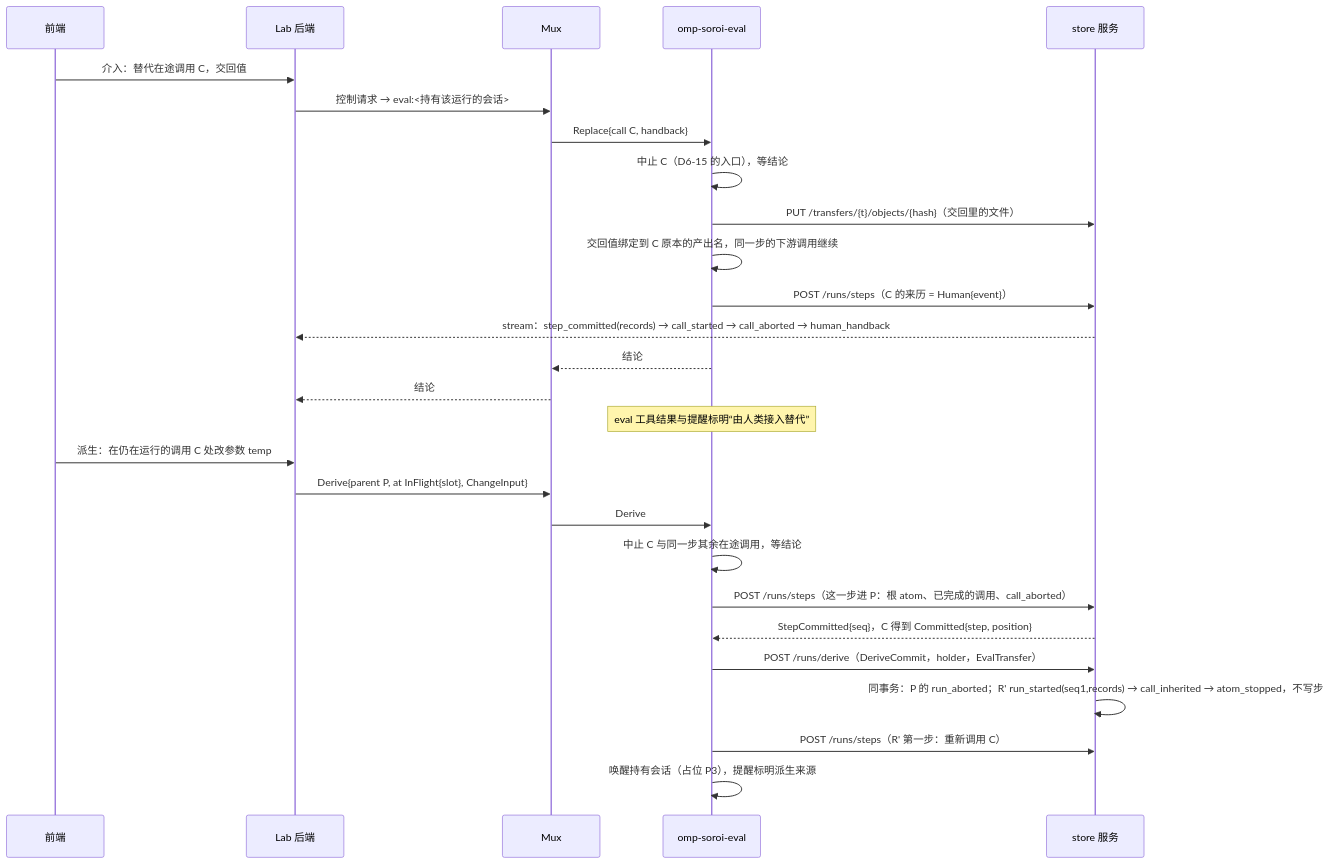
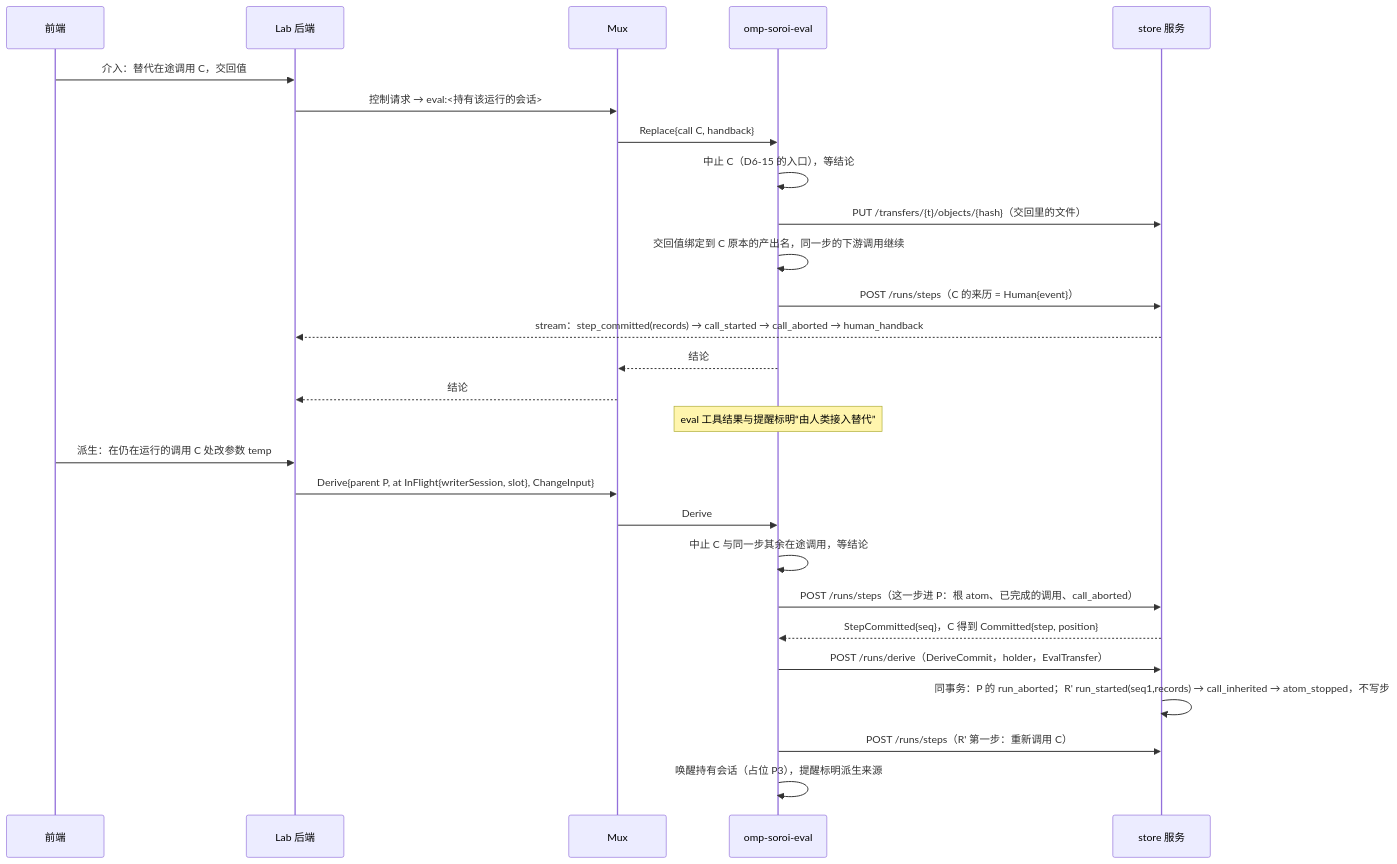
One commit to Pepgent/PM changed the second of 2 diagrams in evidence/decisions/D6-store-service.md. Above: the diagram before and after it, drawn with Mermaid. The commit also changed other lines of this file and 5 other files, not shown here.

````diff
--- a/evidence/decisions/D6-store-service.md
+++ b/evidence/decisions/D6-store-service.md
@@ -280,29 +280,29 @@
 ```mermaid
 sequenceDiagram
   participant GUI as 前端
   participant LAB as Lab 后端
   participant MUX as Mux
   participant EV as omp-soroi-eval
   participant ST as store 服务
   GUI->>LAB: 介入：替代在途调用 C，交回值
   LAB->>MUX: 控制请求 → eval:<持有该运行的会话>
   MUX->>EV: Replace{call C, handback}
   EV->>EV: 中止 C（D6-15 的入口），等结论
   EV->>ST: PUT /transfers/{t}/objects/{hash}（交回里的文件）
   EV->>EV: 交回值绑定到 C 原本的产出名，同一步的下游调用继续
   EV->>ST: POST /runs/steps（C 的来历 = Human{event}）
   ST-->>LAB: stream：step_committed(records) → call_started → call_aborted → human_handback
   EV-->>MUX: 结论
   MUX-->>LAB: 结论
   Note over EV: eval 工具结果与提醒标明“由人类接入替代”
   GUI->>LAB: 派生：在仍在运行的调用 C 处改参数 temp
-  LAB->>MUX: Derive{parent P, at InFlight{slot}, ChangeInput}
+  LAB->>MUX: Derive{parent P, at InFlight{writerSession, slot}, ChangeInput}
   MUX->>EV: Derive
   EV->>EV: 中止 C 与同一步其余在途调用，等结论
   EV->>ST: POST /runs/steps（这一步进 P：根 atom、已完成的调用、call_aborted）
   ST-->>EV: StepCommitted{seq}，C 得到 Committed{step, position}
   EV->>ST: POST /runs/derive（DeriveCommit，holder，EvalTransfer）
   ST->>ST: 同事务：P 的 run_aborted；R' run_started(seq1,records) → call_inherited → atom_stopped，不写步
   EV->>ST: POST /runs/steps（R' 第一步：重新调用 C）
   EV->>EV: 唤醒持有会话（占位 P3），提醒标明派生来源
 ```
````
